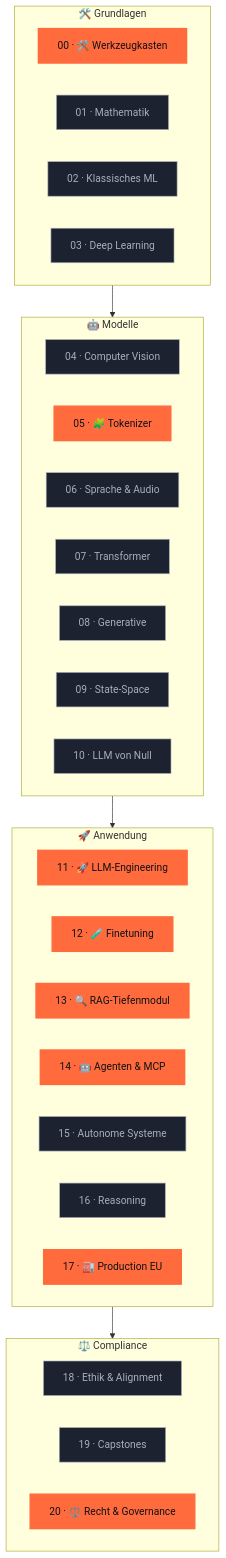
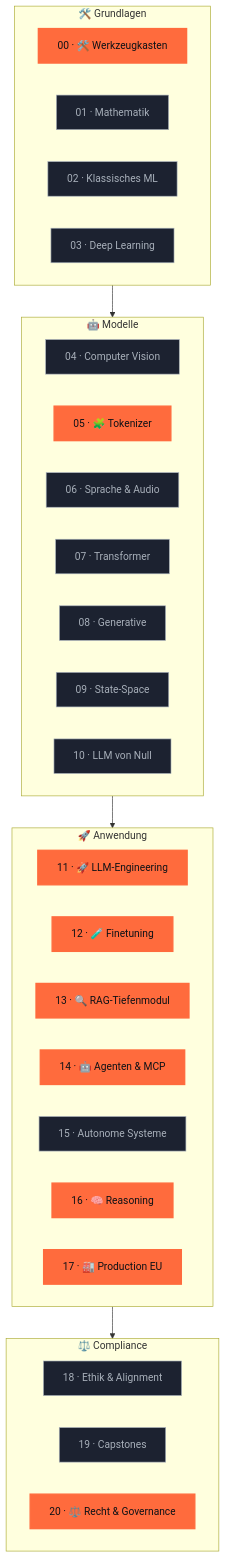
One commit to s-a-s-k-i-a/ki-engineering-werkstatt changed the second of 3 diagrams in README.md. Above: the diagram before and after it, drawn with Mermaid. The commit also changed other lines of this file and 15 other files, not shown here.

````diff
--- a/README.md
+++ b/README.md
@@ -242,45 +242,45 @@
 ```mermaid
 flowchart TB
   subgraph G[" 🛠️ Grundlagen "]
     direction LR
     P00[00 · 🛠️ Werkzeugkasten]:::done
     P01[01 · Mathematik]:::planned
     P02[02 · Klassisches ML]:::planned
     P03[03 · Deep Learning]:::planned
   end
 
   subgraph M[" 🤖 Modelle "]
     direction LR
     P04[04 · Computer Vision]:::planned
     P05[05 · 🧩 Tokenizer]:::done
     P06[06 · Sprache & Audio]:::planned
     P07[07 · Transformer]:::planned
     P08[08 · Generative]:::planned
     P09[09 · State-Space]:::planned
     P10[10 · LLM von Null]:::planned
   end
 
   subgraph A[" 🚀 Anwendung "]
     direction LR
     P11[11 · 🚀 LLM-Engineering]:::done
     P12[12 · 🧪 Finetuning]:::done
     P13[13 · 🔍 RAG-Tiefenmodul]:::done
     P14[14 · 🤖 Agenten & MCP]:::done
     P15[15 · Autonome Systeme]:::planned
-    P16[16 · Reasoning]:::planned
+    P16[16 · 🧠 Reasoning]:::done
     P17[17 · 🏭 Production EU]:::done
   end
 
   subgraph C[" ⚖️ Compliance "]
     direction LR
     P18[18 · Ethik & Alignment]:::planned
     P19[19 · Capstones]:::planned
     P20[20 · ⚖️ Recht & Governance]:::done
   end
 
   G --> M --> A --> C
 
   classDef done fill:#FF6B3D,color:#0E1116,stroke:#FF6B3D,stroke-width:2px
   classDef wip fill:#3D8BFF,color:#FFF,stroke:#3D8BFF,stroke-width:2px,stroke-dasharray:5
   classDef planned fill:#1c2230,color:#A8B0BA,stroke:#A8B0BA,stroke-width:1px
 ```
````
